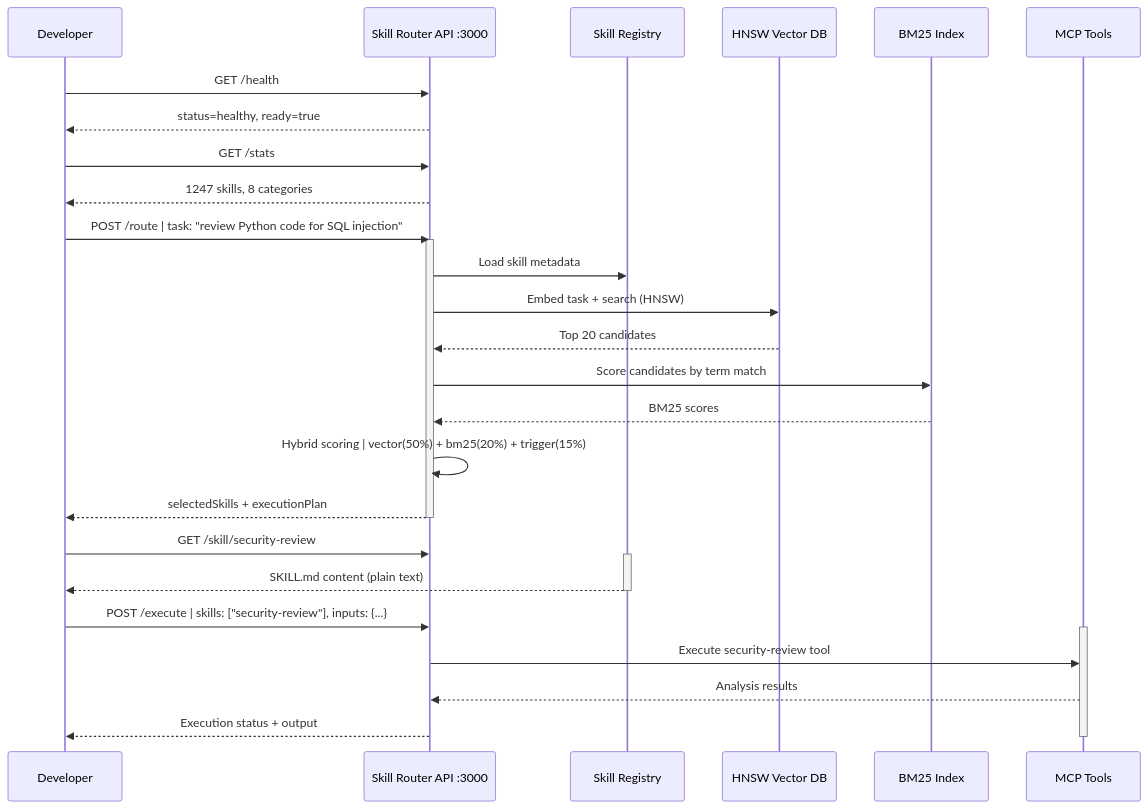
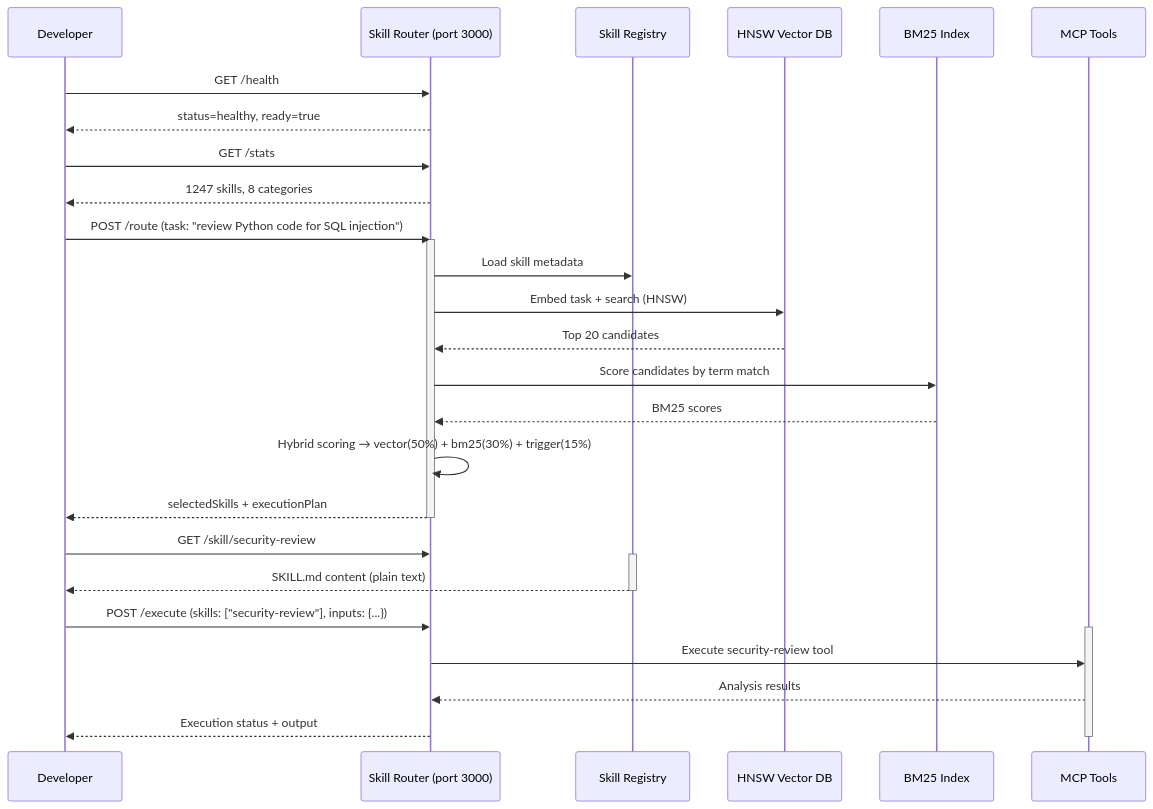
The second of 2 diagrams in docs/api-walkthrough.md (paulpas/agent-skill-router), drawn with Mermaid before and after one commit. The commit also changed other lines of this file and 7 other files, not shown here.

````diff
--- a/docs/api-walkthrough.md
+++ b/docs/api-walkthrough.md
@@ -849,38 +849,38 @@
 ```mermaid
 sequenceDiagram
     participant Dev as Developer
-    participant API as Skill Router API :3000
+    participant API as Skill Router (port 3000)
     participant Registry as Skill Registry
     participant VectorDB as HNSW Vector DB
     participant BM25 as BM25 Index
     participant MCP as MCP Tools
 
     Dev->>API: GET /health
     API-->>Dev: status=healthy, ready=true
 
     Dev->>API: GET /stats
     API-->>Dev: 1247 skills, 8 categories
 
-    Dev->>API: POST /route | task: "review Python code for SQL injection"
+    Dev->>API: POST /route (task: "review Python code for SQL injection")
     activate API
     API->>Registry: Load skill metadata
     API->>VectorDB: Embed task + search (HNSW)
     VectorDB-->>API: Top 20 candidates
     API->>BM25: Score candidates by term match
     BM25-->>API: BM25 scores
-    API->>API: Hybrid scoring | vector(50%) + bm25(20%) + trigger(15%)
+    API->>API: Hybrid scoring → vector(50%) + bm25(30%) + trigger(15%)
     API-->>Dev: selectedSkills + executionPlan
     deactivate API
 
     Dev->>API: GET /skill/security-review
     activate Registry
     Registry-->>Dev: SKILL.md content (plain text)
     deactivate Registry
 
-    Dev->>API: POST /execute | skills: ["security-review"], inputs: {...}
+    Dev->>API: POST /execute (skills: ["security-review"], inputs: {...})
     activate MCP
     API->>MCP: Execute security-review tool
     MCP-->>API: Analysis results
     API-->>Dev: Execution status + output
     deactivate MCP
 ```
````
